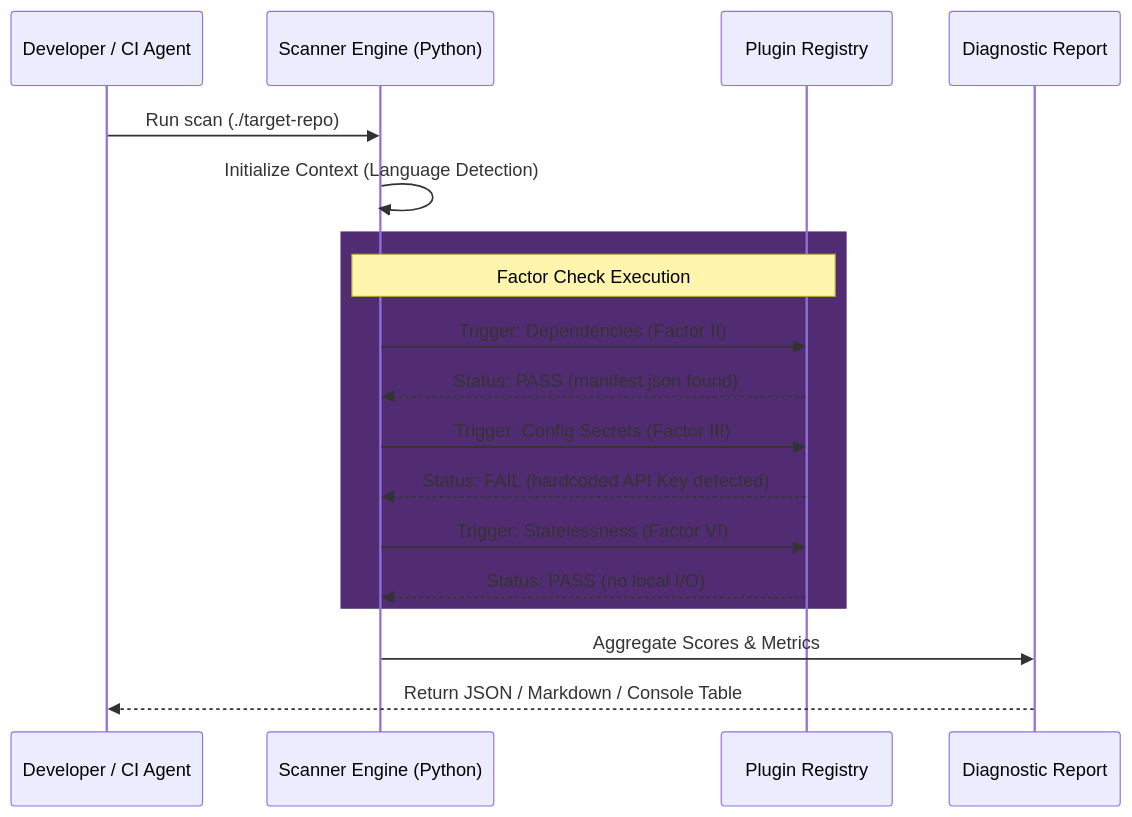
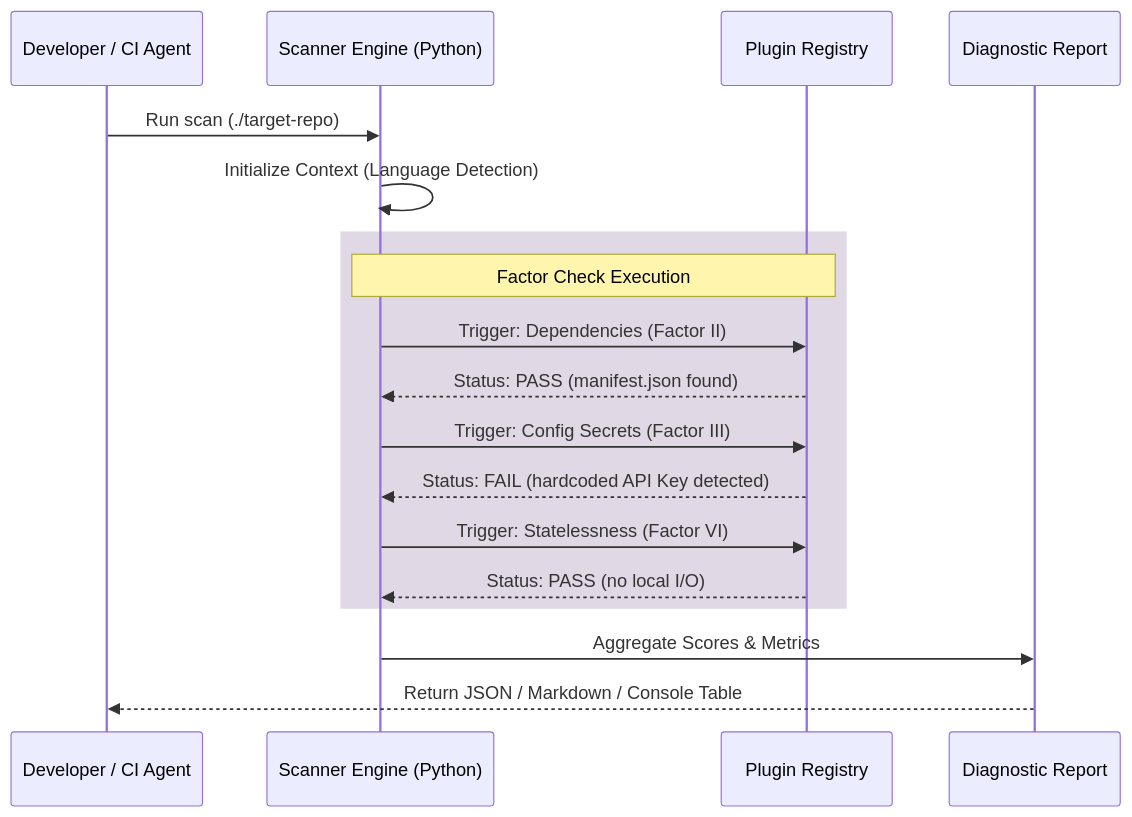
The first of 2 diagrams in README.md (Devopstrio/12-factor-app-scanner), drawn with Mermaid before and after one commit. The commit also changed 3 other files, not shown here.

````diff
--- a/README.md
+++ b/README.md
@@ -28,23 +28,23 @@
 ```mermaid
 sequenceDiagram
     participant Dev as Developer / CI Agent
     participant Engine as Scanner Engine (Python)
     participant Rules as Plugin Registry
     participant Report as Diagnostic Report
 
     Dev->>Engine: Run scan (./target-repo)
     Engine->>Engine: Initialize Context (Language Detection)
     
-    rect rgb(82, 44, 114)
+    rect rgba(82, 44, 114, 0.18)
     Note over Engine, Rules: Factor Check Execution
     Engine->>Rules: Trigger: Dependencies (Factor II)
     Rules-->>Engine: Status: PASS (manifest.json found)
     Engine->>Rules: Trigger: Config Secrets (Factor III)
     Rules-->>Engine: Status: FAIL (hardcoded API Key detected)
     Engine->>Rules: Trigger: Statelessness (Factor VI)
     Rules-->>Engine: Status: PASS (no local I/O)
     end
 
     Engine->>Report: Aggregate Scores & Metrics
     Report-->>Dev: Return JSON / Markdown / Console Table
 ```
````
